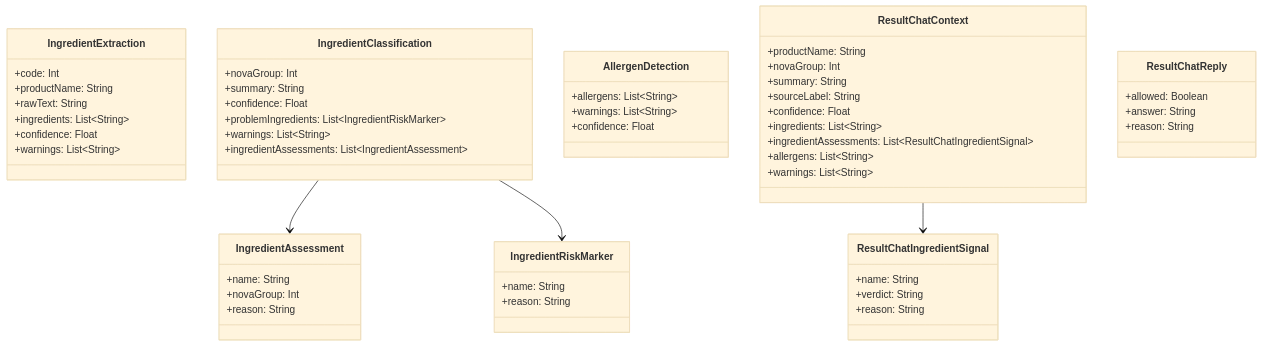
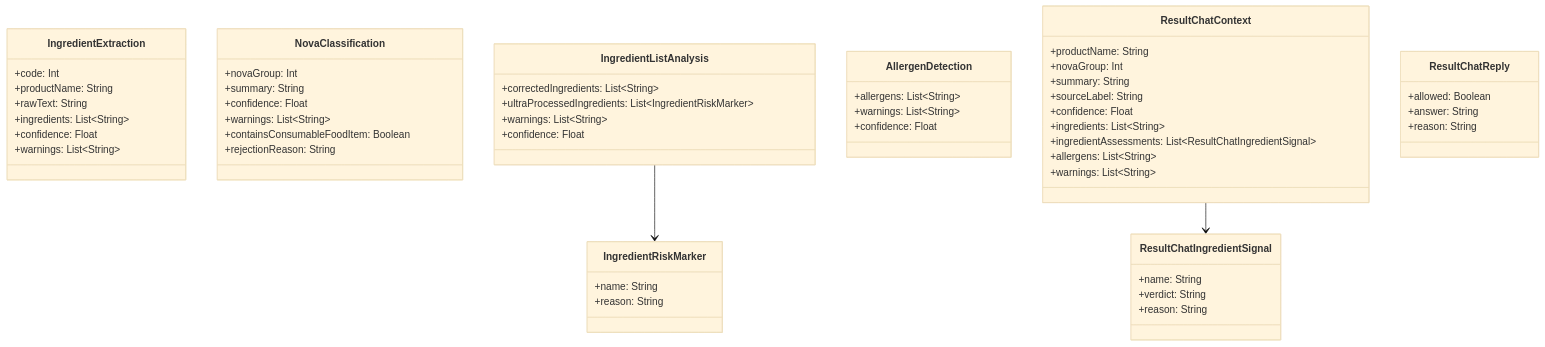
The second of 2 diagrams in documentation/08-llm-api-contracts.md (benevolentbandwidth/ultraprocessed), drawn with Mermaid (base theme) before and after one commit. The commit also changed other lines of this file and 19 other files, not shown here.

````diff
--- a/documentation/08-llm-api-contracts.md
+++ b/documentation/08-llm-api-contracts.md
@@ -94,65 +98,65 @@
 ```mermaid
 classDiagram
     class IngredientExtraction {
         +code: Int
         +productName: String
         +rawText: String
         +ingredients: List~String~
         +confidence: Float
         +warnings: List~String~
     }
 
-    class IngredientClassification {
+    class NovaClassification {
         +novaGroup: Int
         +summary: String
         +confidence: Float
-        +problemIngredients: List~IngredientRiskMarker~
         +warnings: List~String~
-        +ingredientAssessments: List~IngredientAssessment~
+        +containsConsumableFoodItem: Boolean
+        +rejectionReason: String
     }
 
-    class IngredientAssessment {
-        +name: String
-        +novaGroup: Int
-        +reason: String
+    class IngredientListAnalysis {
+        +correctedIngredients: List~String~
+        +ultraProcessedIngredients: List~IngredientRiskMarker~
+        +warnings: List~String~
+        +confidence: Float
     }
 
     class IngredientRiskMarker {
         +name: String
         +reason: String
     }
 
     class AllergenDetection {
         +allergens: List~String~
         +warnings: List~String~
         +confidence: Float
     }
 
     class ResultChatContext {
         +productName: String
         +novaGroup: Int
         +summary: String
         +sourceLabel: String
         +confidence: Float
         +ingredients: List~String~
         +ingredientAssessments: List~ResultChatIngredientSignal~
         +allergens: List~String~
         +warnings: List~String~
     }
 
     class ResultChatIngredientSignal {
         +name: String
         +verdict: String
         +reason: String
     }
 
     class ResultChatReply {
         +allowed: Boolean
         +answer: String
         +reason: String
     }
 
-    IngredientClassification --> IngredientAssessment
-    IngredientClassification --> IngredientRiskMarker
+    IngredientListAnalysis --> IngredientRiskMarker
     ResultChatContext --> ResultChatIngredientSignal
 ```
````
